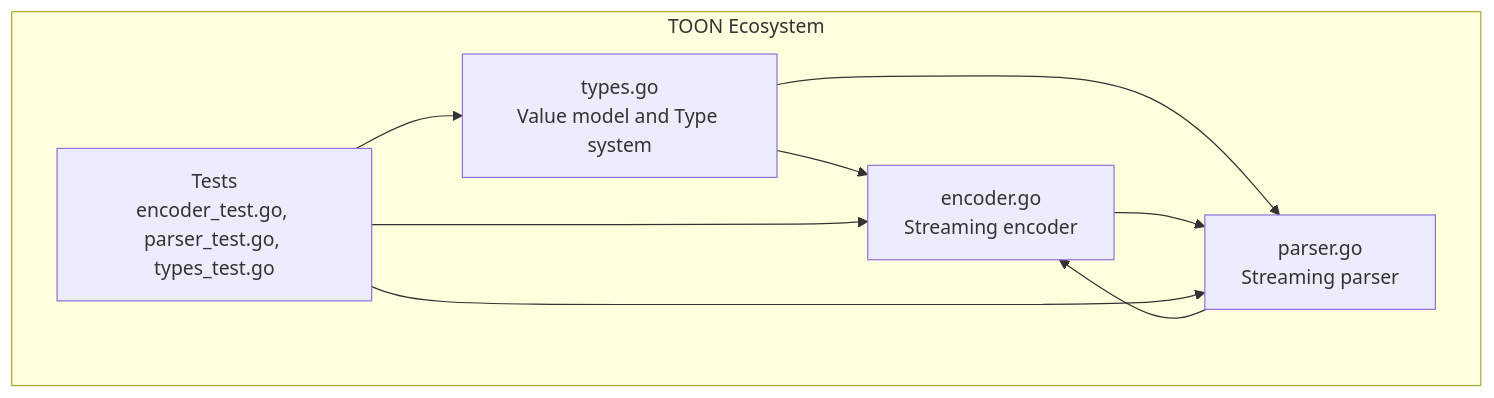
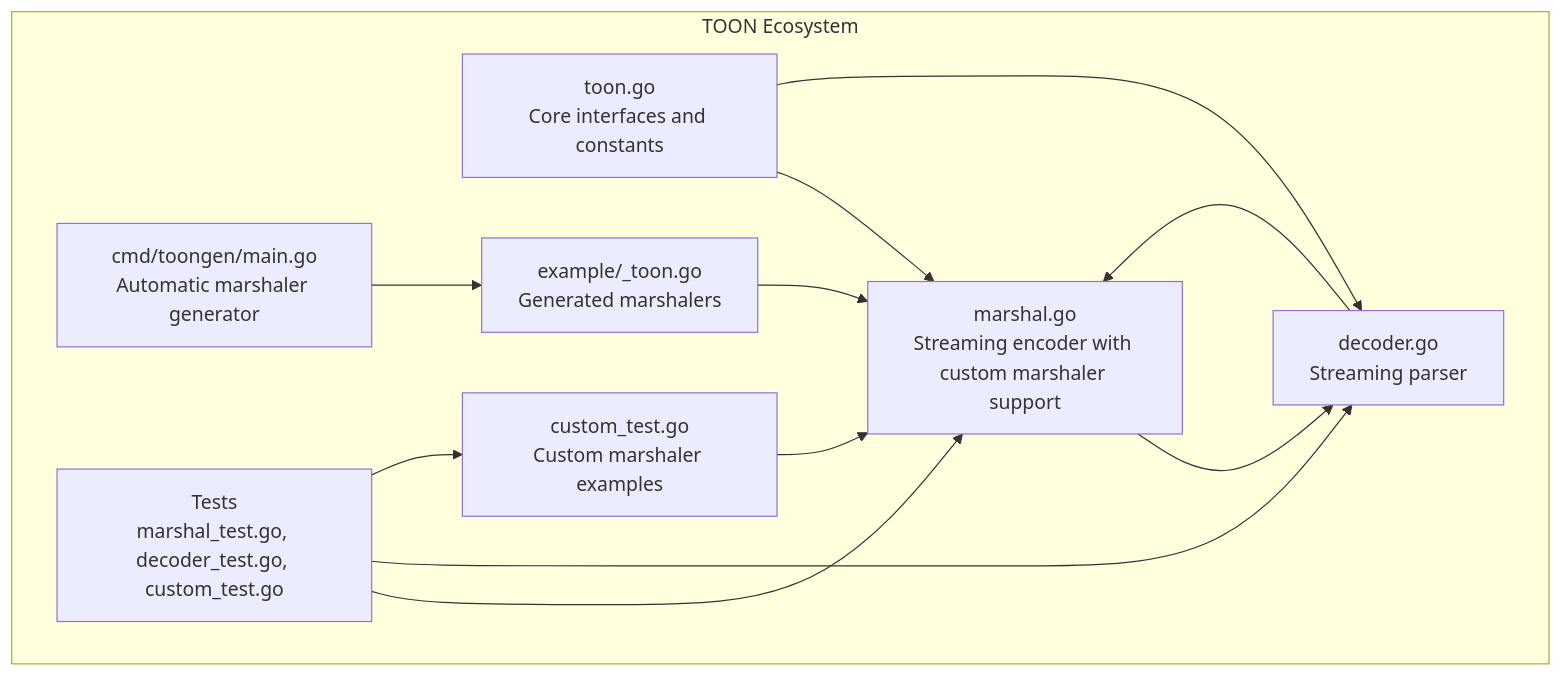
One commit to OTumanov/go-toon changed the first of 8 diagrams in .qoder/repowiki/en/content/Encoder Implementation.md. Above: the diagram before and after it, drawn with Mermaid. The commit also changed other lines of this file and 11 other files, not shown here.

First line of the commit message:
feat: add Pre-flight Schema + Token Calculator to toongen

````diff
--- a/.qoder/repowiki/en/content/Encoder Implementation.md
+++ b/.qoder/repowiki/en/content/Encoder Implementation.md
@@ -37,16 +57,22 @@
 ```mermaid
 graph TB
 subgraph "TOON Ecosystem"
-Types["types.go<br/>Value model and Type system"]
-Encoder["encoder.go<br/>Streaming encoder"]
-Parser["parser.go<br/>Streaming parser"]
-Tests["Tests<br/>encoder_test.go, parser_test.go, types_test.go"]
+Types["toon.go<br/>Core interfaces and constants"]
+Encoder["marshal.go<br/>Streaming encoder with custom marshaler support"]
+Parser["decoder.go<br/>Streaming parser"]
+CustomMarshalers["custom_test.go<br/>Custom marshaler examples"]
+GeneratedMarshalers["example/_toon.go<br/>Generated marshalers"]
+Generator["cmd/toongen/main.go<br/>Automatic marshaler generator"]
+Tests["Tests<br/>marshal_test.go, decoder_test.go, custom_test.go"]
 end
 Types --> Encoder
 Types --> Parser
 Encoder --> Parser
 Parser --> Encoder
+CustomMarshalers --> Encoder
+GeneratedMarshalers --> Encoder
+Generator --> GeneratedMarshalers
 Tests --> Encoder
 Tests --> Parser
-Tests --> Types
+Tests --> CustomMarshalers
 ```
````
